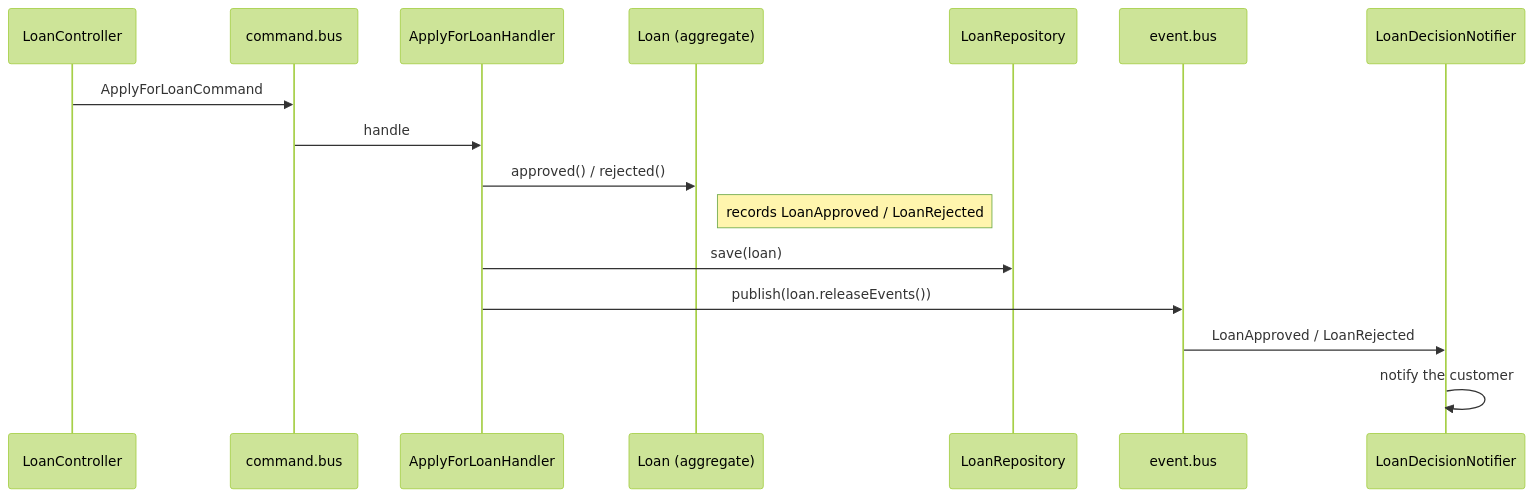
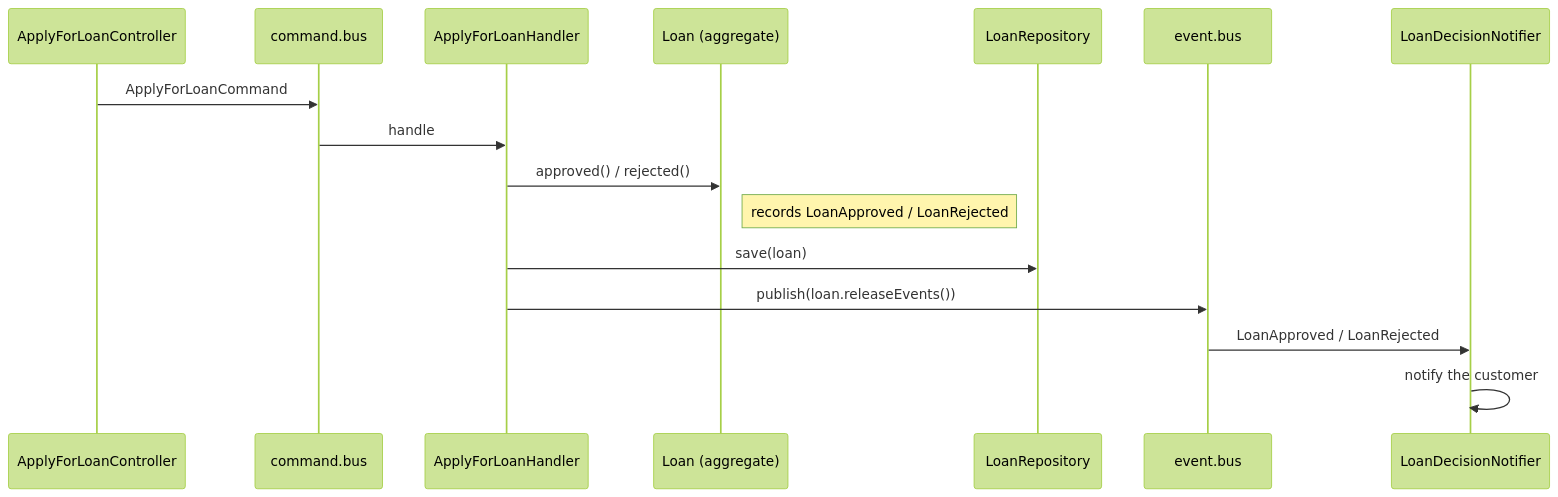
One commit to selivanov-tech/symfony-ddd-demo changed the second of 2 diagrams in README.md. Above: the diagram before and after it, drawn with Mermaid (forest theme). The commit also changed other lines of this file and 24 other files, not shown here.

````diff
--- a/README.md
+++ b/README.md
@@ -75,19 +75,19 @@
 ```mermaid
 sequenceDiagram
-    participant Ctrl as LoanController
+    participant Ctrl as ApplyForLoanController
     participant Cmd as command.bus
     participant H as ApplyForLoanHandler
     participant Loan as Loan (aggregate)
     participant Repo as LoanRepository
     participant Ev as event.bus
     participant N as LoanDecisionNotifier
 
     Ctrl->>Cmd: ApplyForLoanCommand
     Cmd->>H: handle
     H->>Loan: approved() / rejected()
     Note right of Loan: records LoanApproved / LoanRejected
     H->>Repo: save(loan)
     H->>Ev: publish(loan.releaseEvents())
     Ev->>N: LoanApproved / LoanRejected
     N->>N: notify the customer
 ```
````
